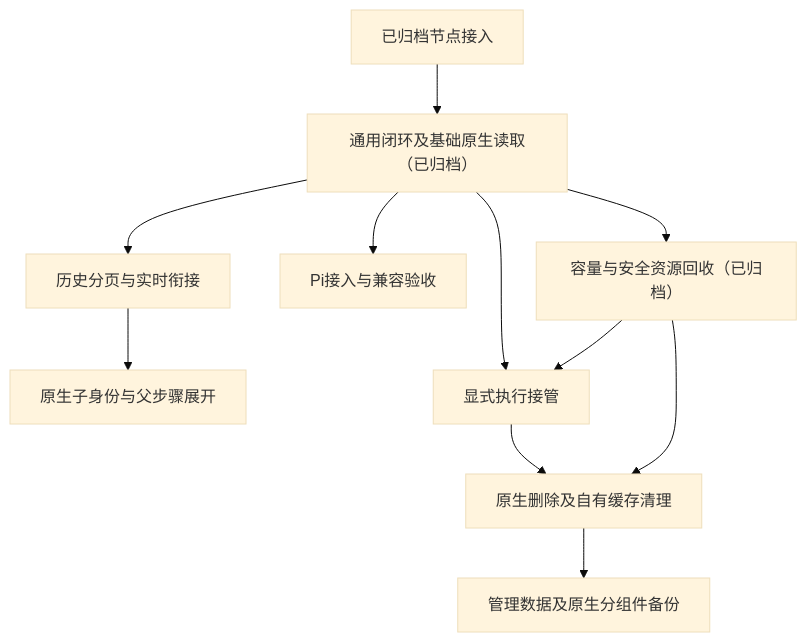
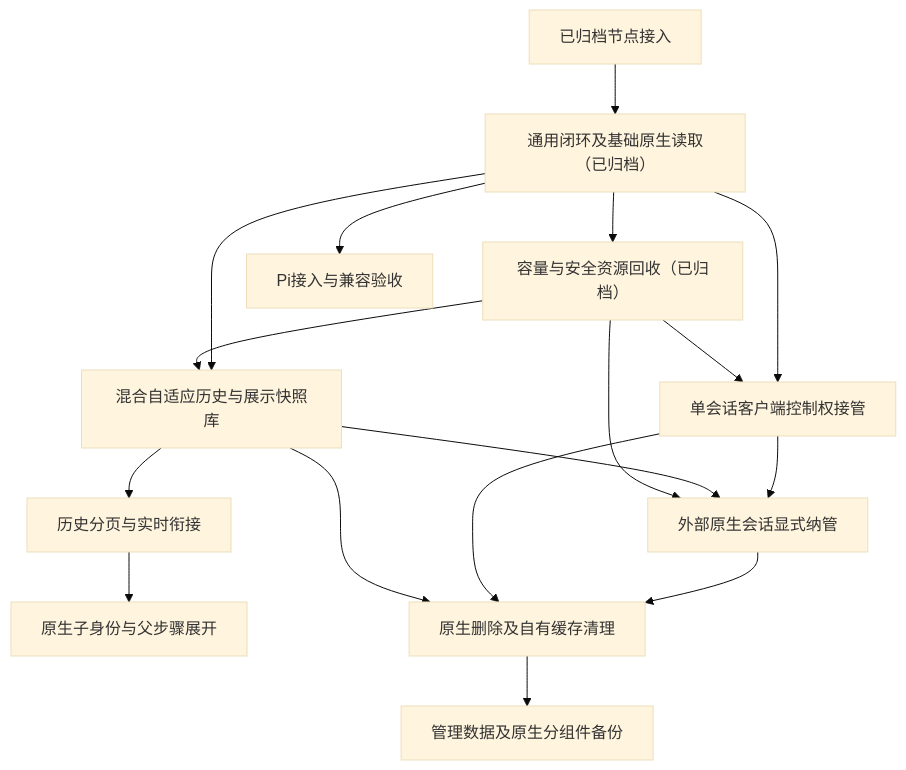
One commit to lindongfang/acp-remote changed the diagram in docs/REBUILD_CAPABILITY_MAP.md. Above: the diagram before and after it, drawn with Mermaid (base theme). The commit also changed other lines of this file and 31 other files, not shown here.

````diff
--- a/docs/REBUILD_CAPABILITY_MAP.md
+++ b/docs/REBUILD_CAPABILITY_MAP.md
@@ -33,13 +35,19 @@
 ```mermaid
 flowchart TD
   A["已归档节点接入"] --> B["通用闭环及基础原生读取（已归档）"]
-  B --> C["历史分页与实时衔接"]
+  B --> G["容量与安全资源回收（已归档）"]
+  B --> K["单会话客户端控制权接管"]
+  G --> K
+  B --> L["混合自适应历史与展示快照库"]
+  G --> L
   B --> D["Pi接入与兼容验收"]
+  L --> C["历史分页与实时衔接"]
   C --> F["原生子身份与父步骤展开"]
-  B --> G["容量与安全资源回收（已归档）"]
-  B --> H["显式执行接管"]
+  K --> H["外部原生会话显式纳管"]
+  L --> H
   G --> H
   H --> I["原生删除及自有缓存清理"]
-  G --> I
+  K --> I
+  L --> I
   I --> J["管理数据及原生分组件备份"]
 ```
````
